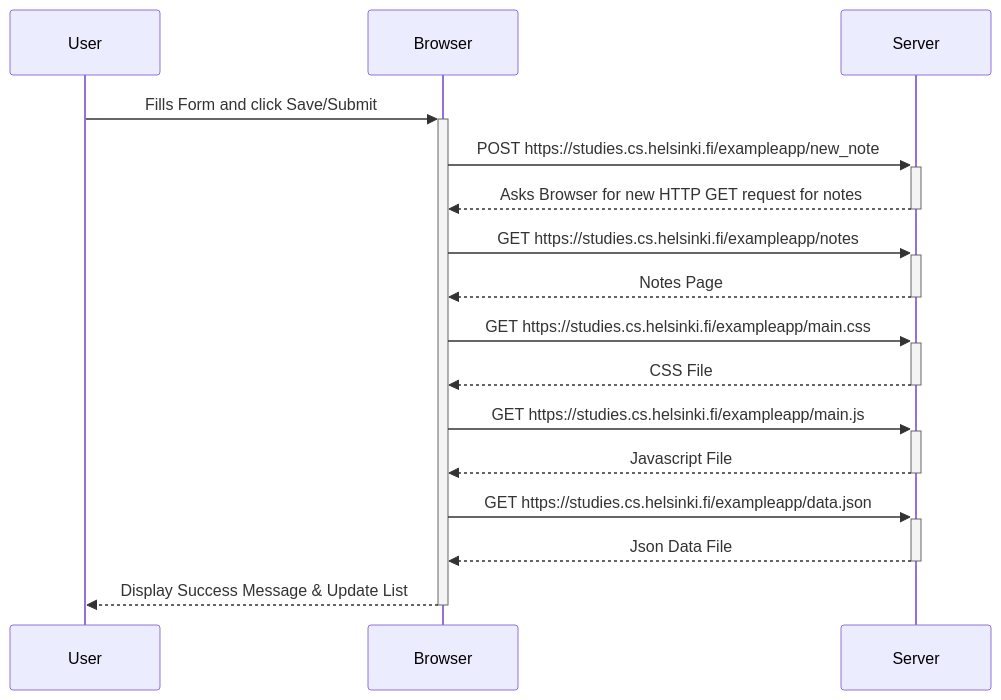
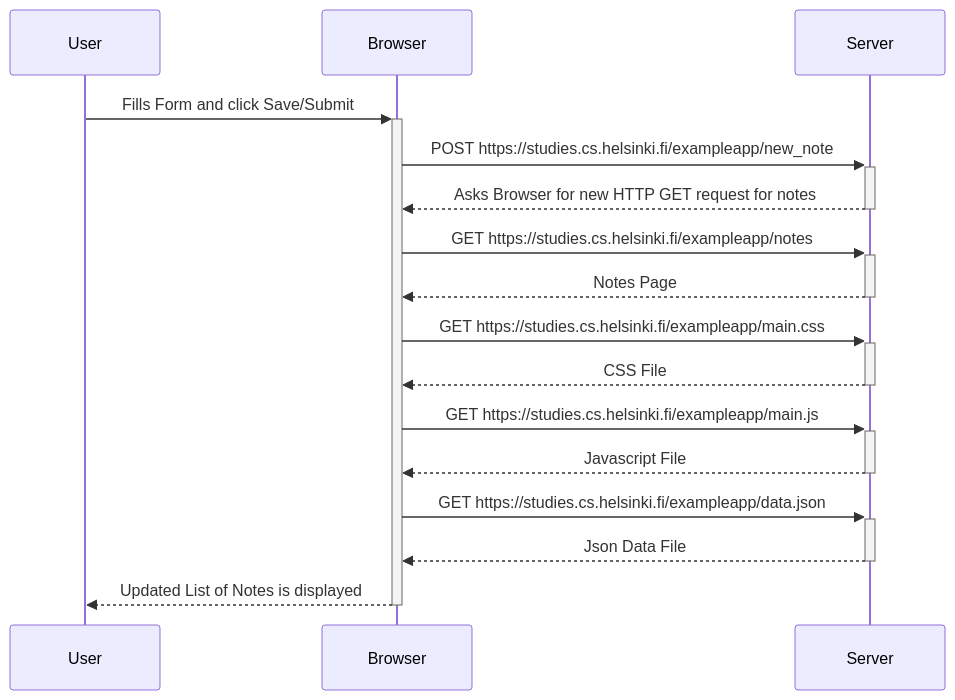
One commit to mruduljohn/fullstackopen changed the diagram in part0/0.4.md. Above: the diagram before and after it, drawn with Mermaid. The commit also changed 1 other file, not shown here.

````diff
--- a/part0/0.4.md
+++ b/part0/0.4.md
@@ -2,19 +2,19 @@
 ```mermaid
 sequenceDiagram
     participant User
     participant Browser
     participant Server
     User->>+Browser: Fills Form and click Save/Submit
     Browser->>+Server: POST https://studies.cs.helsinki.fi/exampleapp/new_note
     Server-->>-Browser: Asks Browser for new HTTP GET request for notes
     Browser->>+Server: GET https://studies.cs.helsinki.fi/exampleapp/notes
     Server-->>-Browser: Notes Page
     Browser->>+Server: GET https://studies.cs.helsinki.fi/exampleapp/main.css
     Server-->>-Browser: CSS File
     Browser->>+Server: GET https://studies.cs.helsinki.fi/exampleapp/main.js
     Server-->>-Browser: Javascript File
     Browser->>+Server: GET https://studies.cs.helsinki.fi/exampleapp/data.json
     Server-->>-Browser: Json Data File
-    Browser-->>-User: Display Success Message & Update List
+    Browser-->>-User: Updated List of Notes is displayed
 
 ```
````
